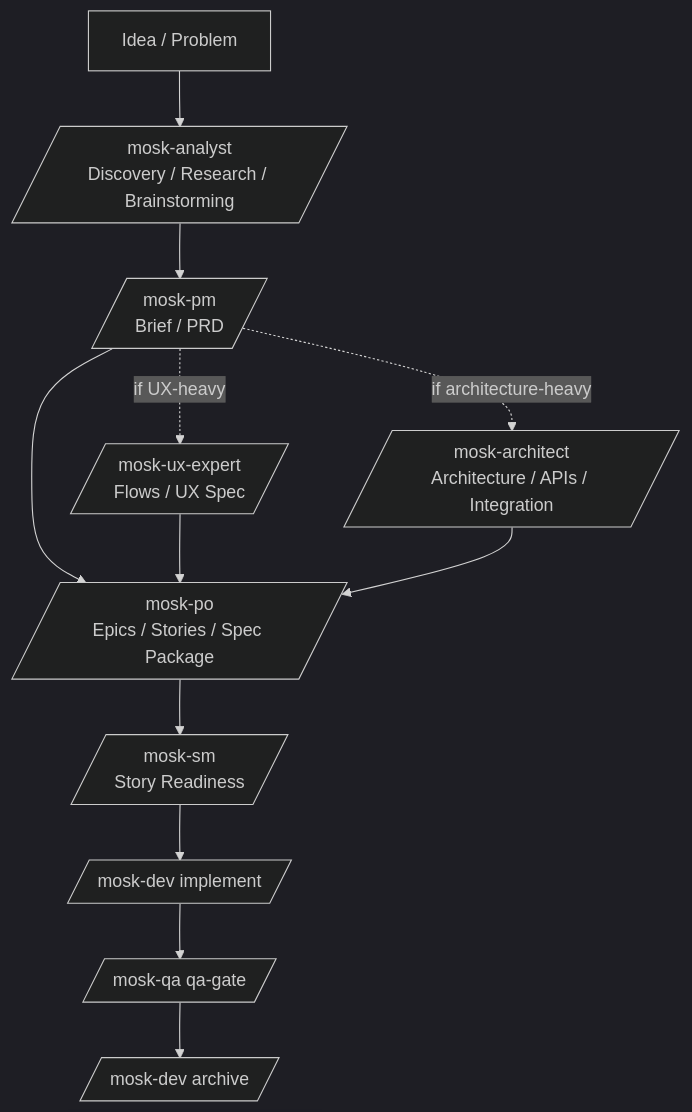
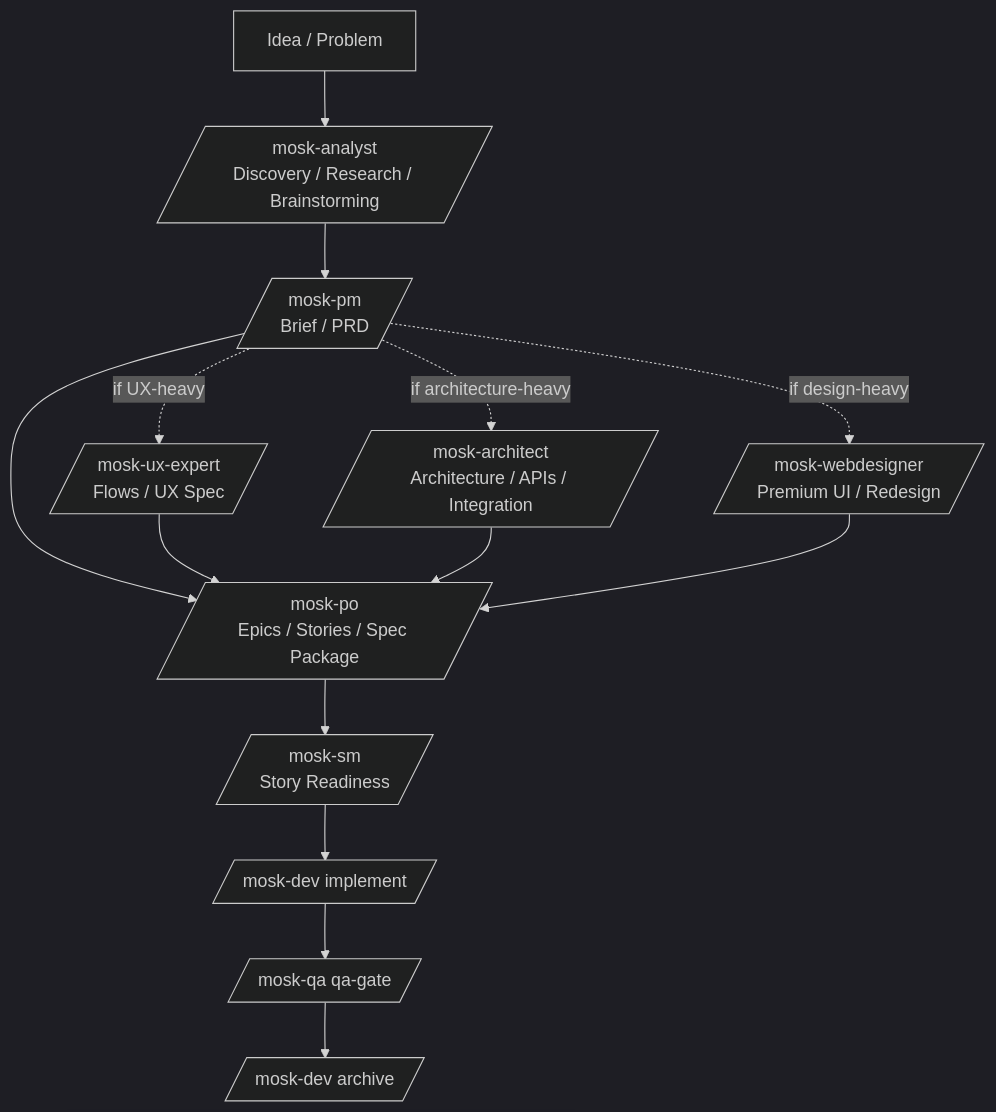
One commit to rogerznts/mosk changed the first of 2 diagrams in README.md. Above: the diagram before and after it, drawn with Mermaid (dark theme). The commit also changed other lines of this file and 1 other file, not shown here.

First line of the commit message:
docs(mosk): add webdesigner agent to README and document taste system

````diff
--- a/README.md
+++ b/README.md
@@ -53,14 +53,16 @@
 ```mermaid
 flowchart TD
     A[Idea / Problem] --> B[/mosk-analyst<br/>Discovery / Research / Brainstorming/]
     B --> C[/mosk-pm<br/>Brief / PRD/]
     C -. if UX-heavy .-> D[/mosk-ux-expert<br/>Flows / UX Spec/]
     C -. if architecture-heavy .-> E[/mosk-architect<br/>Architecture / APIs / Integration/]
+    C -. if design-heavy .-> W[/mosk-webdesigner<br/>Premium UI / Redesign/]
     C --> F[/mosk-po<br/>Epics / Stories / Spec Package/]
     D --> F
     E --> F
+    W --> F
     F --> G[/mosk-sm<br/>Story Readiness/]
     G --> H[/mosk-dev implement/]
     H --> I[/mosk-qa qa-gate/]
     I --> J[/mosk-dev archive/]
 ```
````
